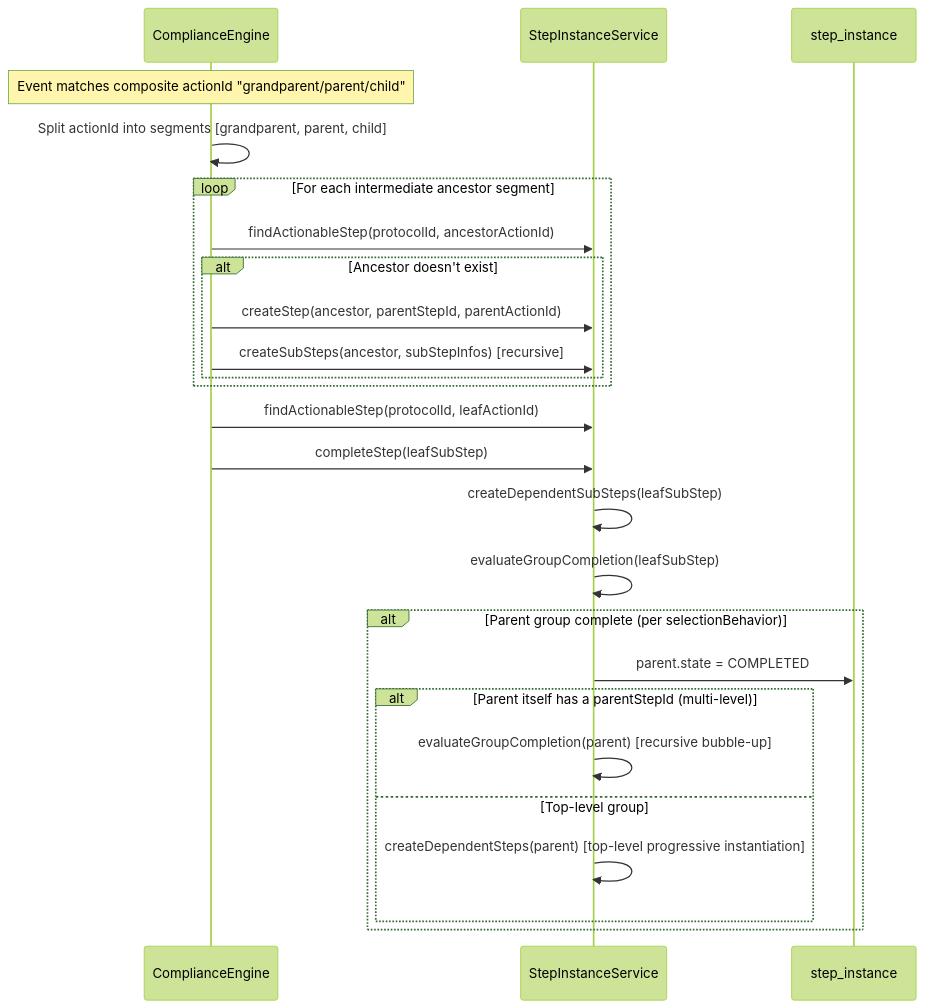
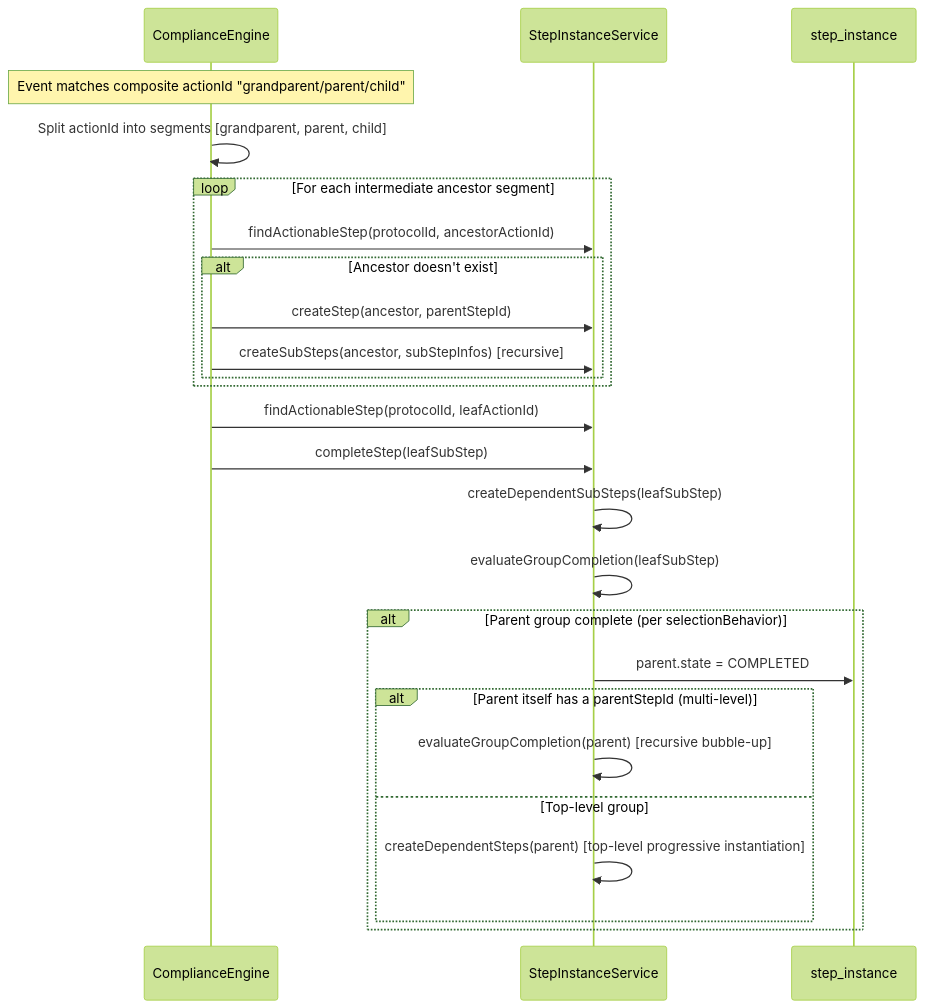
Before and after one commit to Jayaprakash8887/cce-compliance-service: the ninth of 9 diagrams in docs/architecture-overview.md, drawn with Mermaid (forest theme). The commit also changed 10 other files, not shown here.

Commit message:
feat: remove parent_action_id from StepInstance and related updates in service and documentation

````diff
--- a/docs/architecture-overview.md
+++ b/docs/architecture-overview.md
@@ -687,30 +687,30 @@
 ```mermaid
 sequenceDiagram
     participant Engine as ComplianceEngine
     participant SIS as StepInstanceService
     participant DB as step_instance
 
     Note over Engine: Event matches composite actionId "grandparent/parent/child"
     Engine->>Engine: Split actionId into segments [grandparent, parent, child]
     
     loop For each intermediate ancestor segment
         Engine->>SIS: findActionableStep(protocolId, ancestorActionId)
         alt Ancestor doesn't exist
-            Engine->>SIS: createStep(ancestor, parentStepId, parentActionId)
+            Engine->>SIS: createStep(ancestor, parentStepId)
             Engine->>SIS: createSubSteps(ancestor, subStepInfos) [recursive]
         end
     end
     
     Engine->>SIS: findActionableStep(protocolId, leafActionId)
     Engine->>SIS: completeStep(leafSubStep)
     SIS->>SIS: createDependentSubSteps(leafSubStep)
     SIS->>SIS: evaluateGroupCompletion(leafSubStep)
     alt Parent group complete (per selectionBehavior)
         SIS->>DB: parent.state = COMPLETED
         alt Parent itself has a parentStepId (multi-level)
             SIS->>SIS: evaluateGroupCompletion(parent) [recursive bubble-up]
         else Top-level group
             SIS->>SIS: createDependentSteps(parent) [top-level progressive instantiation]
         end
     end
 ```
````
